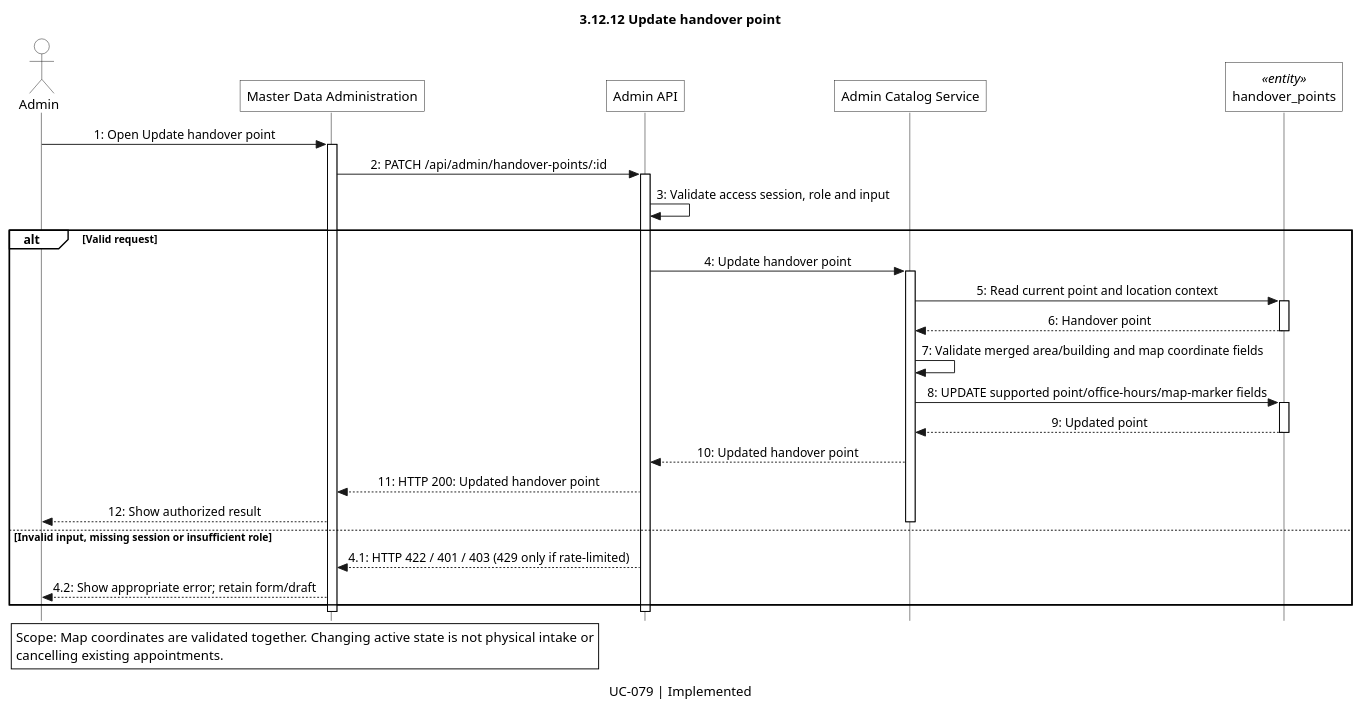
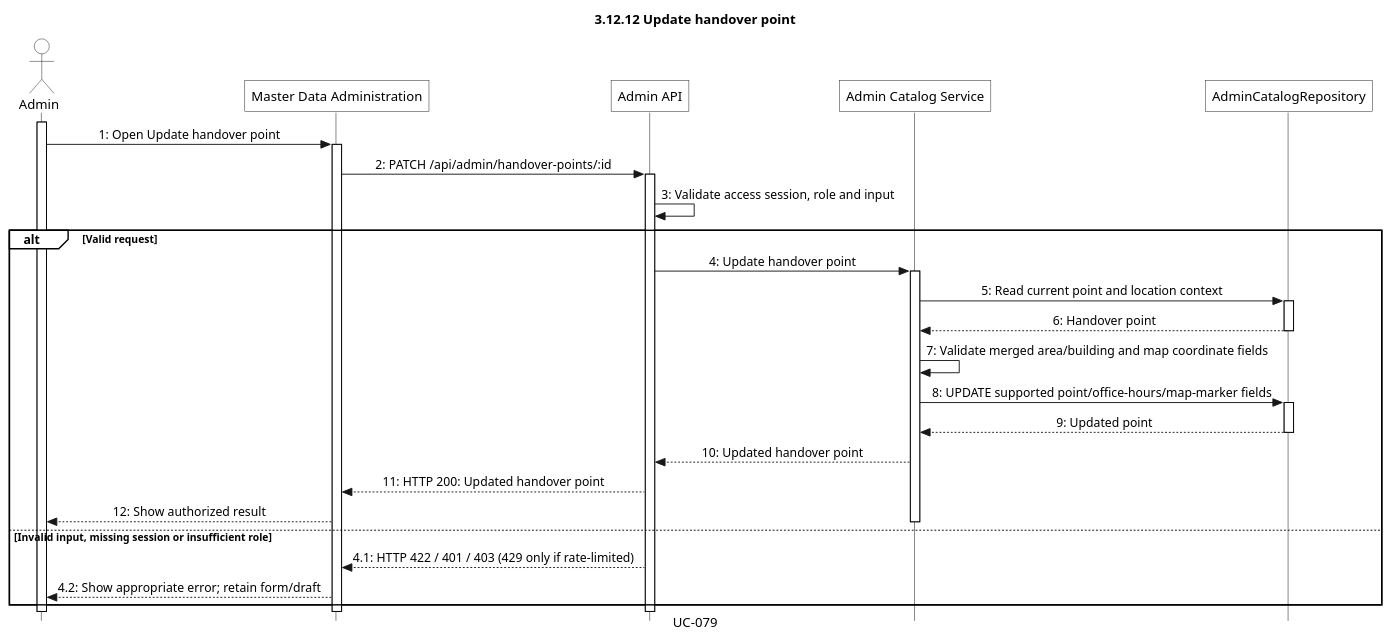
One commit to LNFSYS/lost-and-found-management-system-main changed the diagram in docs/sequences/Khoa/3.12/3.12.12_UC-079_update-handover-point.puml. Above: the diagram before and after it, drawn with PlantUML. The commit also changed 336 other files, not shown here.

Commit message:
docs: refine sequence lifelines and diagram presentation

```diff
--- a/docs/sequences/Khoa/3.12/3.12.12_UC-079_update-handover-point.puml
+++ b/docs/sequences/Khoa/3.12/3.12.12_UC-079_update-handover-point.puml
@@ -1,67 +1,70 @@
 @startuml
 title 3.12.12 Update handover point
-caption UC-079 | Implemented
+caption UC-079
+' Catalogue: UC-079 | Implemented
 skinparam monochrome true
 skinparam shadowing false
 skinparam roundcorner 0
 skinparam defaultFontName Arial
 skinparam LegendBackgroundColor white
 skinparam style strictuml
 skinparam sequenceMessageAlign center
 show footbox
 <style>
 lifeLine {
     LineStyle 0
 }
 </style>
 skinparam sequence {
     ParticipantBackgroundColor white
     ActorBackgroundColor white
     LifeLineBackgroundColor white
     LifeLineBorderColor black
     GroupBackgroundColor white
     GroupHeaderBackgroundColor white
 }
 
 ' Source: apps/api-node/src/modules/admin/application/admin-catalog.use-cases.ts
+' Main entity: handover_points
 ' Main entity migration: apps/api-node/src/migrations/002_lost_found_schema.sql
-' One-table abstraction: related repository reads/writes stay inside the service.
+' Single persistence lifeline: related reads/writes remain summarized in the service.
 actor "Admin" as Actor
 participant "Master Data Administration" as Page
 participant "Admin API" as API
 participant "Admin Catalog Service" as Service
-participant "handover_points" as Table <<entity>>
+participant "AdminCatalogRepository" as Table
 
+activate Actor
 Actor -> Page: 1: Open Update handover point
 activate Page
 Page -> API: 2: PATCH /api/admin/handover-points/:id
 activate API
 API -> API: 3: Validate access session, role and input
 alt Valid request
 API -> Service: 4: Update handover point
 activate Service
 Service -> Table: 5: Read current point and location context
 activate Table
 Table --> Service: 6: Handover point
 deactivate Table
 Service -> Service: 7: Validate merged area/building and map coordinate fields
 Service -> Table: 8: UPDATE supported point/office-hours/map-marker fields
 activate Table
 Table --> Service: 9: Updated point
 deactivate Table
 Service --> API: 10: Updated handover point
 API --> Page: 11: HTTP 200: Updated handover point
 Page --> Actor: 12: Show authorized result
 deactivate Service
 else Invalid input, missing session or insufficient role
 API --> Page: 4.1: HTTP 422 / 401 / 403 (429 only if rate-limited)
 Page --> Actor: 4.2: Show appropriate error; retain form/draft
 end
 deactivate API
 deactivate Page
+deactivate Actor
 
-legend left
-Scope: Map coordinates are validated together. Changing active state is not physical intake or
-cancelling existing appointments.
-endlegend
+' Scope note (not rendered):
+' Scope: Map coordinates are validated together. Changing active state is not physical intake or
+' cancelling existing appointments.
 @enduml
```
